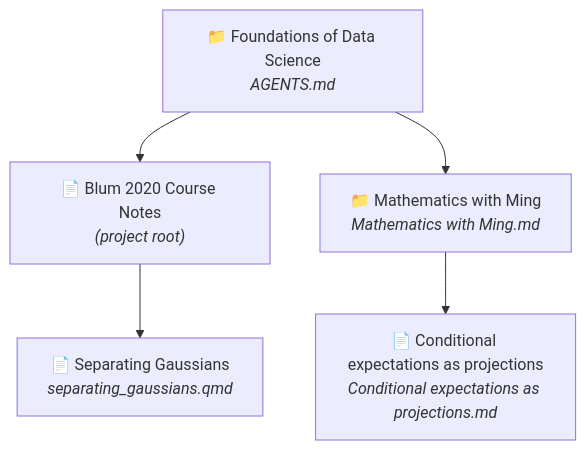
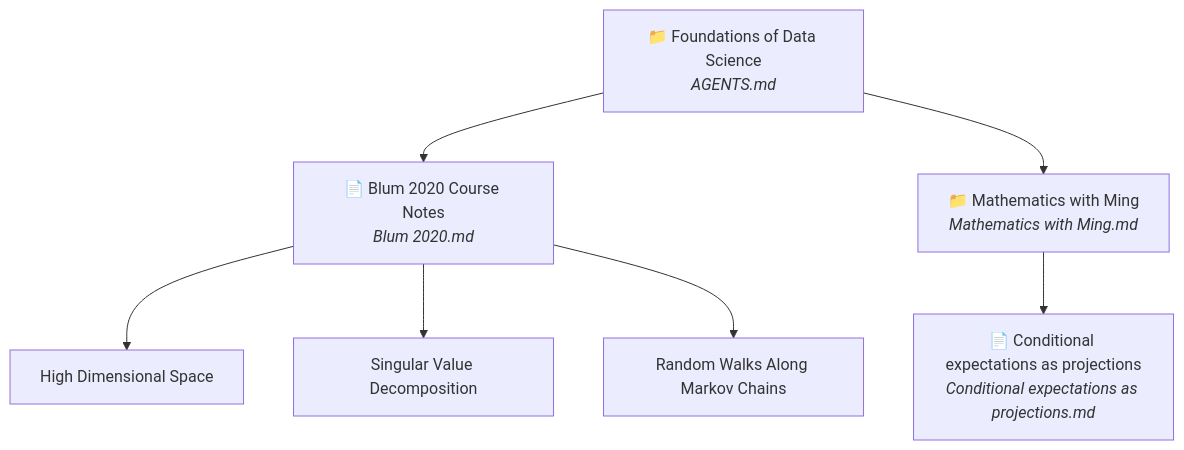
The diagram in AGENTS.md (dkillian/FoundationsDataScience), drawn with Mermaid before and after one commit. The commit also changed other lines of this file and 4 other files, not shown here.

````diff
--- a/AGENTS.md
+++ b/AGENTS.md
@@ -75,10 +19,13 @@
 ```mermaid
 graph TD
     ROOT["📁 Foundations of Data Science<br/><i>AGENTS.md</i>"]
 
-    ROOT --> BLUM["📄 Blum 2020 Course Notes<br/><i>(project root)</i>"]
+    ROOT --> BLUM["📄 Blum 2020 Course Notes<br/><i>Blum 2020.md</i>"]
     ROOT --> MWM["📁 Mathematics with Ming<br/><i>Mathematics with Ming.md</i>"]
 
-    BLUM --> SG["📄 Separating Gaussians<br/><i>separating_gaussians.qmd</i>"]
+    BLUM --> HDS["High Dimensional Space"]
+    BLUM --> SVD["Singular Value Decomposition"]
+    BLUM --> RW["Random Walks Along Markov Chains"]
+
     MWM --> CEAP["📄 Conditional expectations as projections<br/><i>Conditional expectations as projections.md</i>"]
 ```
````
